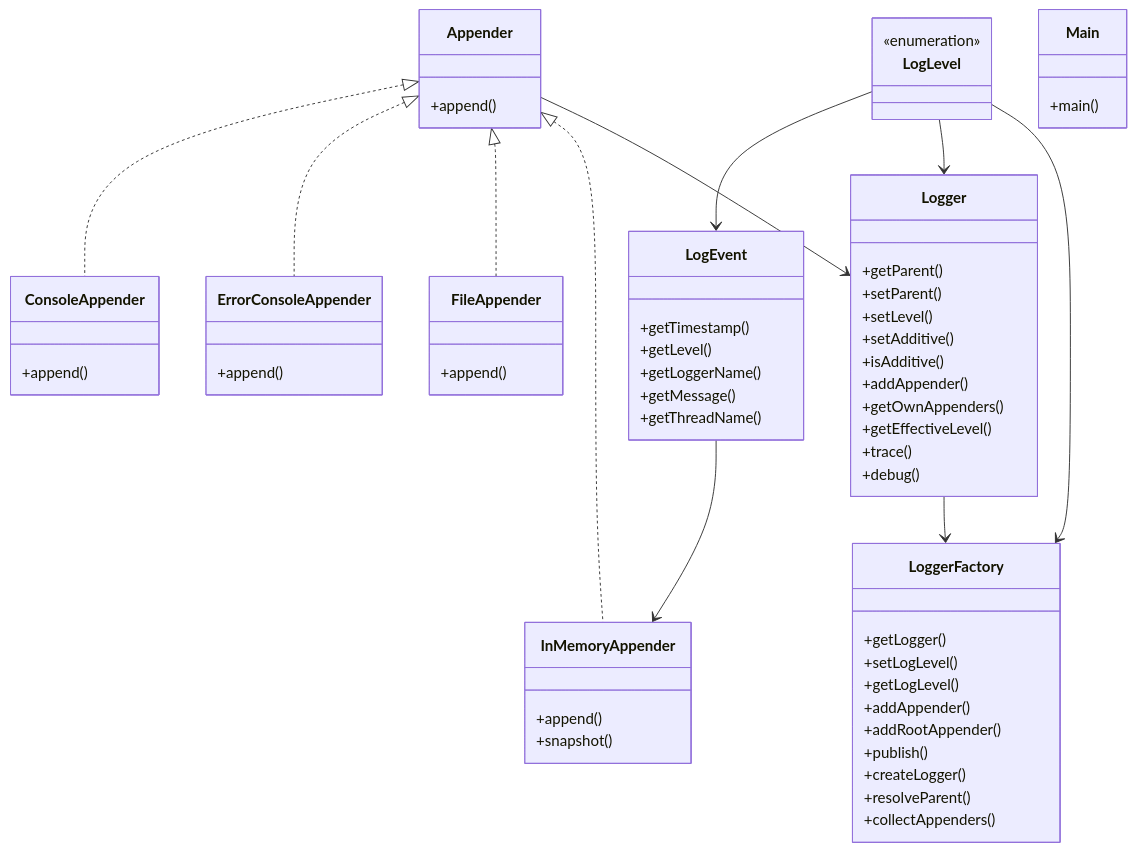
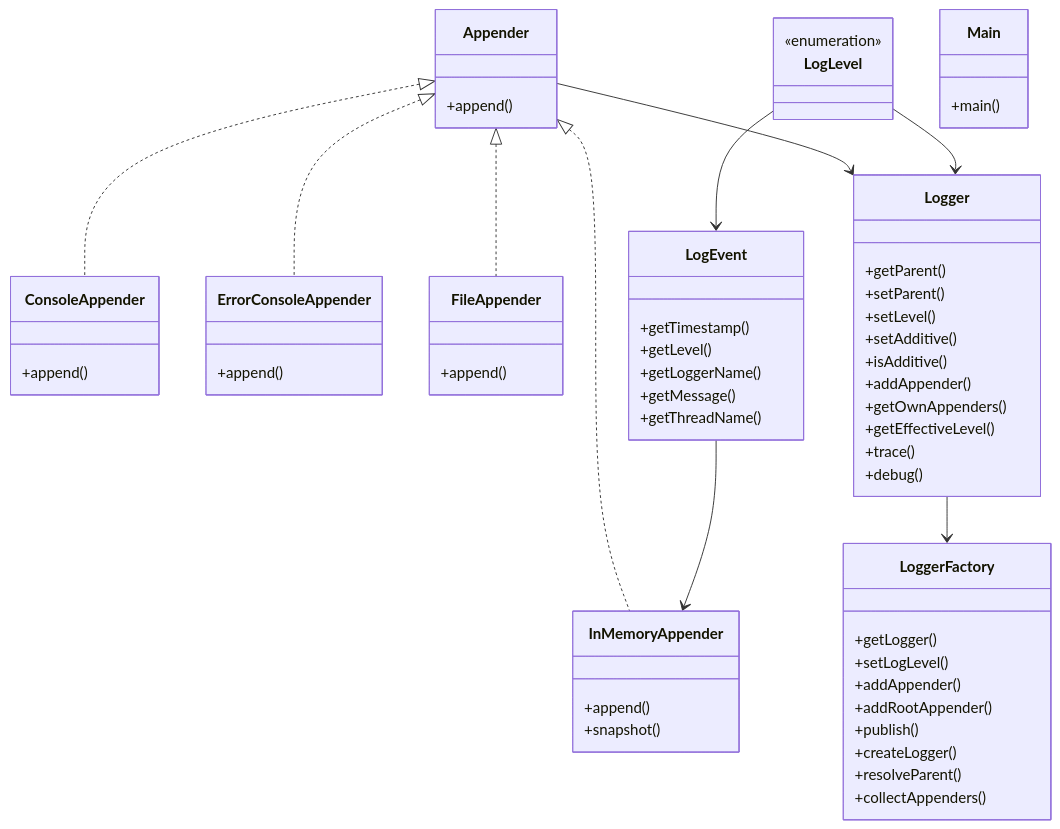
One commit to amanjaiswal30/dsa-solutions changed the diagram in questions/low_level_design/17_logging_framework_lld.md. Above: the diagram before and after it, drawn with Mermaid. The commit also changed other lines of this file and 1 other file, not shown here.

````diff
--- a/questions/low_level_design/17_logging_framework_lld.md
+++ b/questions/low_level_design/17_logging_framework_lld.md
@@ -59,65 +57,63 @@
 ```mermaid
 classDiagram
     class Appender {
         +append()
     }
     class ConsoleAppender {
         +append()
     }
     class ErrorConsoleAppender {
         +append()
     }
     class FileAppender {
         +append()
     }
     class InMemoryAppender {
         +append()
         +snapshot()
     }
     class LogEvent {
         +getTimestamp()
         +getLevel()
         +getLoggerName()
         +getMessage()
         +getThreadName()
     }
     class LogLevel {
         <<enumeration>>
     }
     class Logger {
         +getParent()
         +setParent()
         +setLevel()
         +setAdditive()
         +isAdditive()
         +addAppender()
         +getOwnAppenders()
         +getEffectiveLevel()
         +trace()
         +debug()
     }
     class LoggerFactory {
         +getLogger()
         +setLogLevel()
-        +getLogLevel()
         +addAppender()
         +addRootAppender()
         +publish()
         +createLogger()
         +resolveParent()
         +collectAppenders()
     }
     class Main {
         +main()
     }
     Appender <|.. ConsoleAppender
     Appender <|.. ErrorConsoleAppender
     Appender <|.. FileAppender
     Appender <|.. InMemoryAppender
     LogEvent --> InMemoryAppender
     LogLevel --> LogEvent
     Appender --> Logger
     LogLevel --> Logger
-    LogLevel --> LoggerFactory
     Logger --> LoggerFactory
 ```
````
